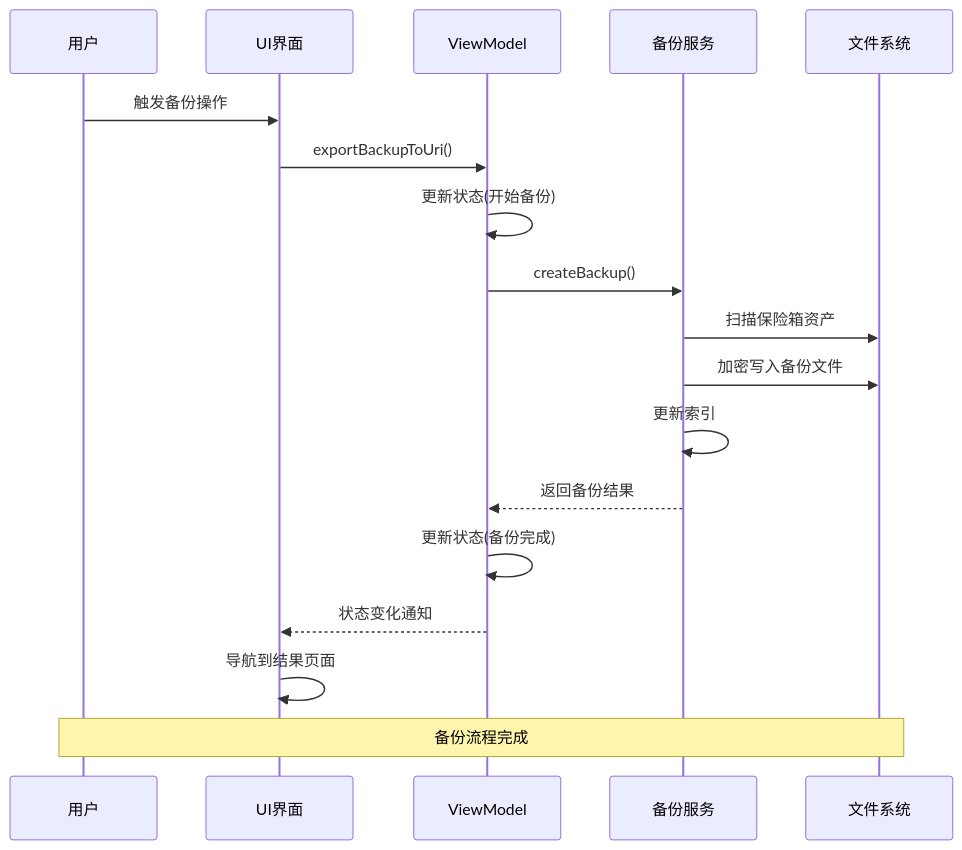
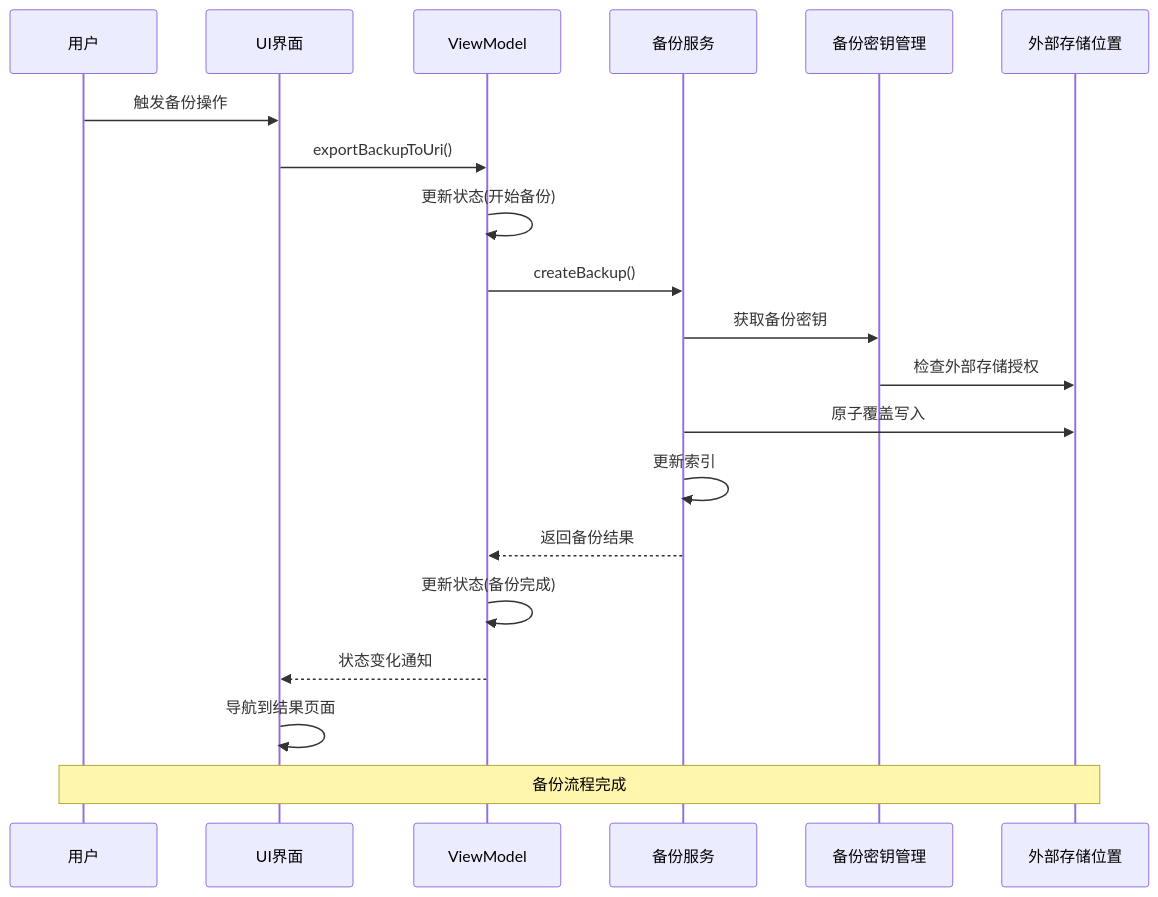
Before and after one commit to wanhongbo/ai-photo-vault: the second of 12 diagrams in .qoder/repowiki/zh/content/UI组件系统/备份进度界面.md, drawn with Mermaid. The commit also changed other lines of this file and 22 other files, not shown here.

````diff
--- a/.qoder/repowiki/zh/content/UI组件系统/备份进度界面.md
+++ b/.qoder/repowiki/zh/content/UI组件系统/备份进度界面.md
@@ -111,20 +133,22 @@
 ```mermaid
 sequenceDiagram
 participant User as 用户
 participant UI as UI界面
 participant VM as ViewModel
 participant Service as 备份服务
-participant FS as 文件系统
+participant KeyMgr as 备份密钥管理
+participant ExtLoc as 外部存储位置
 User->>UI : 触发备份操作
 UI->>VM : exportBackupToUri()
 VM->>VM : 更新状态(开始备份)
 VM->>Service : createBackup()
-Service->>FS : 扫描保险箱资产
-Service->>FS : 加密写入备份文件
+Service->>KeyMgr : 获取备份密钥
+KeyMgr->>ExtLoc : 检查外部存储授权
+Service->>ExtLoc : 原子覆盖写入
 Service->>Service : 更新索引
 Service-->>VM : 返回备份结果
 VM->>VM : 更新状态(备份完成)
 VM-->>UI : 状态变化通知
 UI->>UI : 导航到结果页面
-Note over User,FS : 备份流程完成
+Note over User,ExtLoc : 备份流程完成
 ```
````
